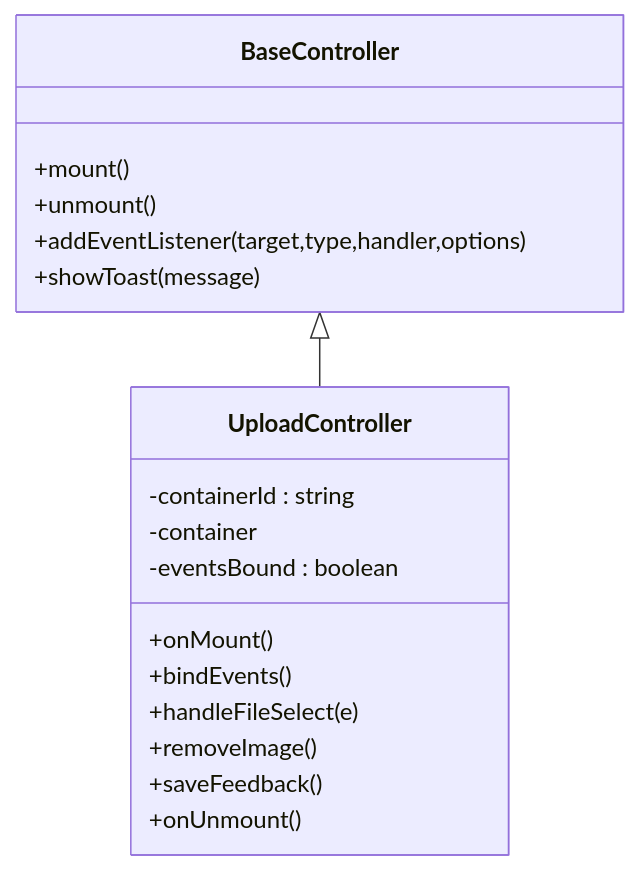
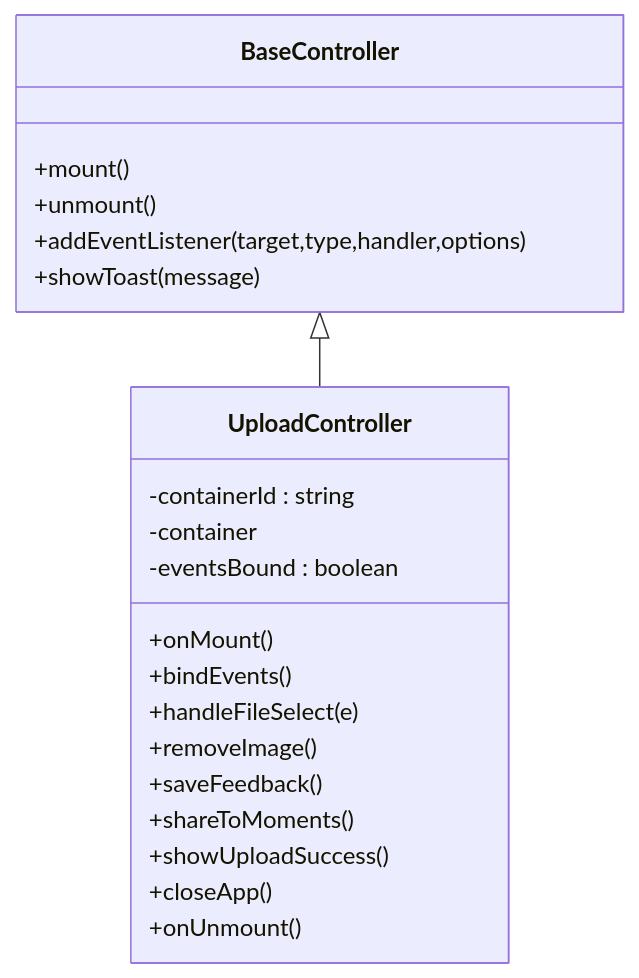
The third of 5 diagrams in .qoder/repowiki/zh/content/控制器系统/上传功能控制器.md (jeankeim/wuxing-fashion), drawn with Mermaid before and after one commit. The commit also changed other lines of this file and 27 other files, not shown here.

````diff
--- a/.qoder/repowiki/zh/content/控制器系统/上传功能控制器.md
+++ b/.qoder/repowiki/zh/content/控制器系统/上传功能控制器.md
@@ -148,21 +179,24 @@
 ```mermaid
 classDiagram
 class BaseController {
 +mount()
 +unmount()
 +addEventListener(target,type,handler,options)
 +showToast(message)
 }
 class UploadController {
 -containerId : string
 -container
 -eventsBound : boolean
 +onMount()
 +bindEvents()
 +handleFileSelect(e)
 +removeImage()
 +saveFeedback()
++shareToMoments()
++showUploadSuccess()
++closeApp()
 +onUnmount()
 }
 BaseController <|-- UploadController
 ```
````
